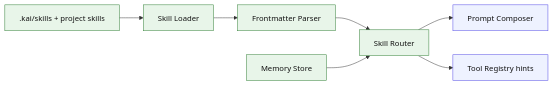
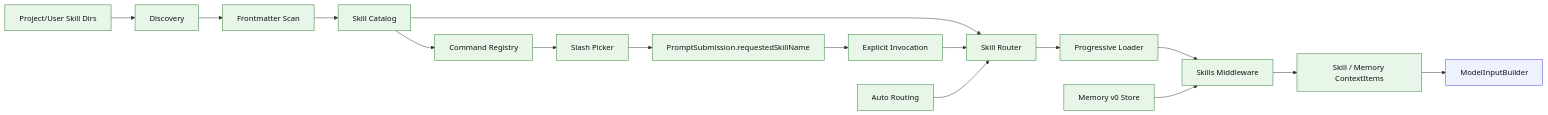
Before and after one commit to 1330482928/kai-code-agent: the diagram in code-agent-roadmap/architecture/diagrams/stage-10.md, drawn with Mermaid. The commit also changed 41 other files, not shown here.

Commit message:
docs(roadmap): refresh staged agent roadmap

````diff
--- a/code-agent-roadmap/architecture/diagrams/stage-10.md
+++ b/code-agent-roadmap/architecture/diagrams/stage-10.md
@@ -3,14 +3,23 @@
 ```mermaid
 flowchart LR
-  FS[".kai/skills + project skills"] --> Loader["Skill Loader"]
-  Loader --> FM["Frontmatter Parser"]
-  FM --> Router["Skill Router"]
-  Memory["Memory Store"] --> Router
-  Router --> Prompt["Prompt Composer"]
-  Router --> Tools["Tool Registry hints"]
+  Dirs["Project/User Skill Dirs"] --> Discovery["Discovery"]
+  Discovery --> FM["Frontmatter Scan"]
+  FM --> Catalog["Skill Catalog"]
+  Catalog --> Registry["Command Registry"]
+  Registry --> Slash["Slash Picker"]
+  Slash --> Submission["PromptSubmission.requestedSkillName"]
+  Catalog --> Router["Skill Router"]
+  Submission --> Explicit["Explicit Invocation"]
+  Explicit --> Router
+  Auto["Auto Routing"] --> Router
+  Router --> Loader["Progressive Loader"]
+  Loader --> Middleware["Skills Middleware"]
+  Memory["Memory v0 Store"] --> Middleware
+  Middleware --> Items["Skill / Memory ContextItems"]
+  Items --> Builder["ModelInputBuilder"]
 
   classDef existing fill:#eef2ff,stroke:#4f46e5,color:#111;
   classDef new fill:#e8f5e9,stroke:#2e7d32,color:#111;
-  class Prompt,Tools existing;
-  class FS,Loader,FM,Router,Memory new;
+  class Builder existing;
+  class Dirs,Discovery,FM,Catalog,Registry,Slash,Submission,Router,Explicit,Auto,Loader,Middleware,Memory,Items new;
 ```
````
